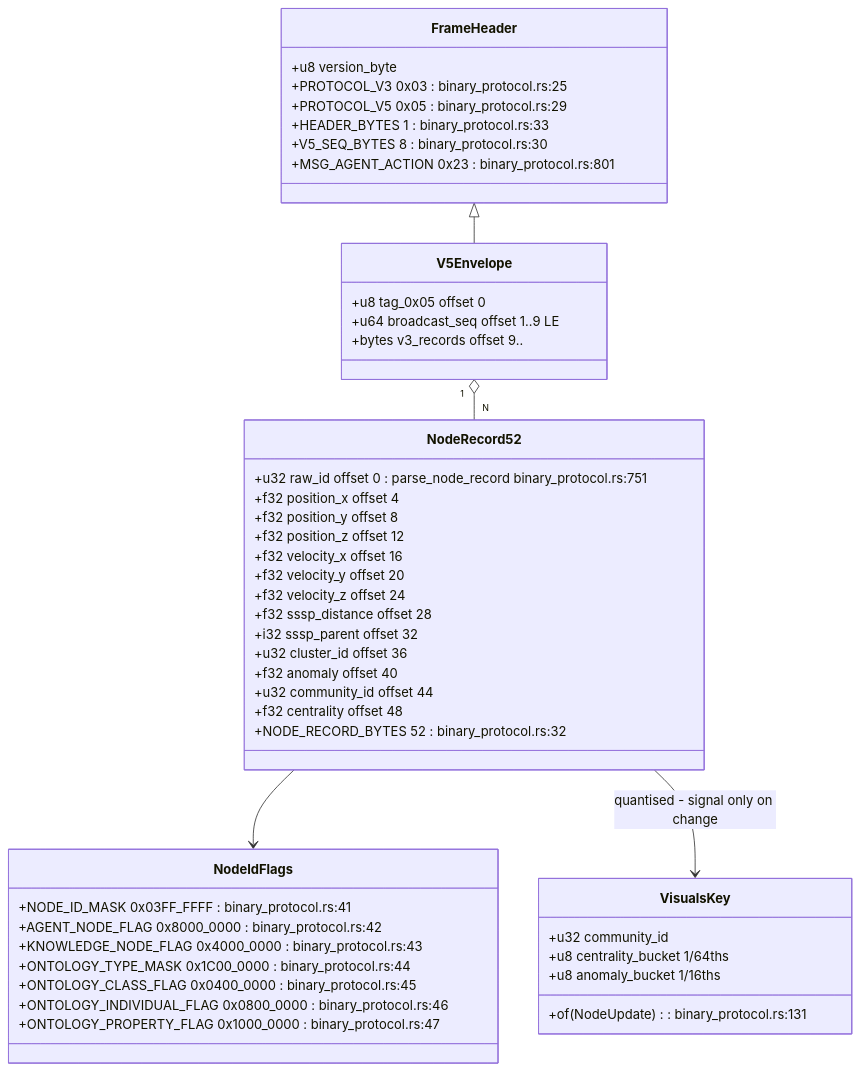
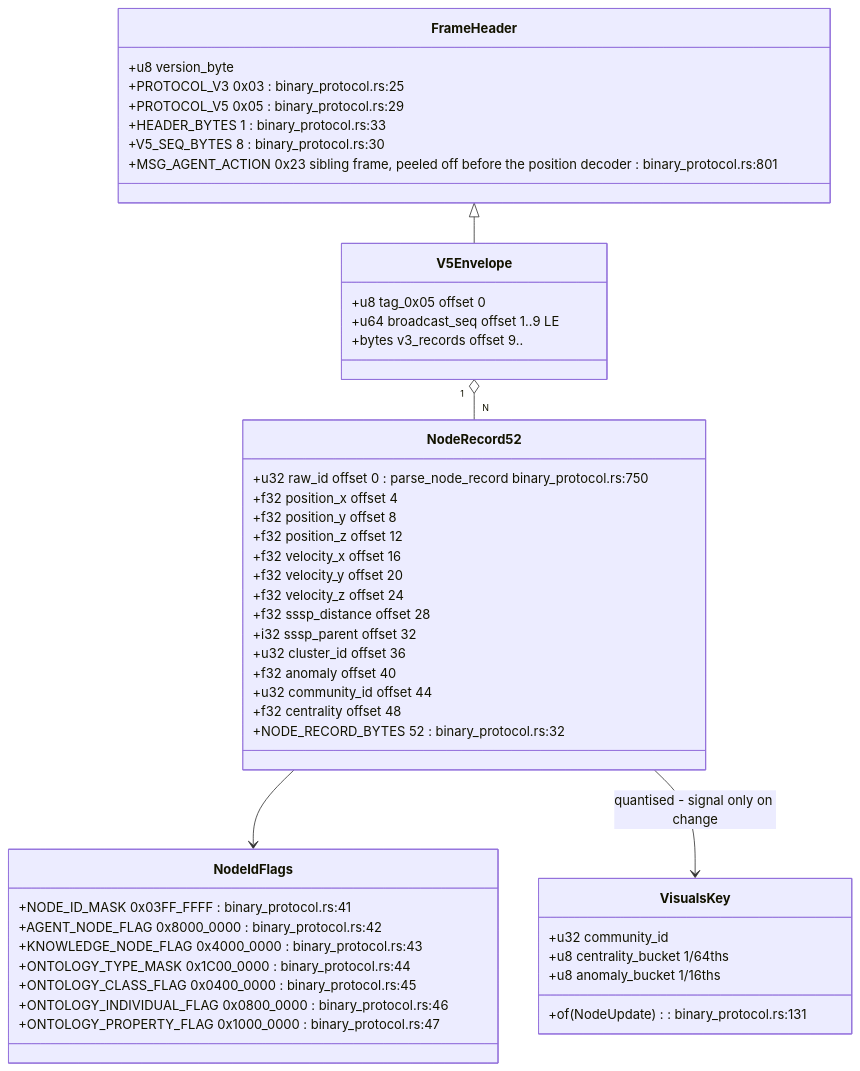
The fifth of 26 diagrams in docs/diagrams/visionclaw/36-godot-xr-client.md (DreamLab-AI/VisionFlow), drawn with Mermaid before and after one commit. The commit also changed other lines of this file and 4 other files, not shown here.

Commit message:
docs(diagrams): re-read VC-36 claims against the code and catalogue the XR memory-cloud internals as VC-38

````diff
--- a/docs/diagrams/visionclaw/36-godot-xr-client.md
+++ b/docs/diagrams/visionclaw/36-godot-xr-client.md
@@ -256,51 +275,51 @@
 ```mermaid
 classDiagram
     class FrameHeader {
         +u8 version_byte
         +PROTOCOL_V3 0x03 : binary_protocol.rs:25
         +PROTOCOL_V5 0x05 : binary_protocol.rs:29
         +HEADER_BYTES 1 : binary_protocol.rs:33
         +V5_SEQ_BYTES 8 : binary_protocol.rs:30
-        +MSG_AGENT_ACTION 0x23 : binary_protocol.rs:801
+        +MSG_AGENT_ACTION 0x23 sibling frame, peeled off before the position decoder : binary_protocol.rs:801
     }
     class V5Envelope {
         +u8 tag_0x05 offset 0
         +u64 broadcast_seq offset 1..9 LE
         +bytes v3_records offset 9..
     }
     class NodeRecord52 {
-        +u32 raw_id offset 0 : parse_node_record binary_protocol.rs:751
+        +u32 raw_id offset 0 : parse_node_record binary_protocol.rs:750
         +f32 position_x offset 4
         +f32 position_y offset 8
         +f32 position_z offset 12
         +f32 velocity_x offset 16
         +f32 velocity_y offset 20
         +f32 velocity_z offset 24
         +f32 sssp_distance offset 28
         +i32 sssp_parent offset 32
         +u32 cluster_id offset 36
         +f32 anomaly offset 40
         +u32 community_id offset 44
         +f32 centrality offset 48
         +NODE_RECORD_BYTES 52 : binary_protocol.rs:32
     }
     class NodeIdFlags {
         +NODE_ID_MASK 0x03FF_FFFF : binary_protocol.rs:41
         +AGENT_NODE_FLAG 0x8000_0000 : binary_protocol.rs:42
         +KNOWLEDGE_NODE_FLAG 0x4000_0000 : binary_protocol.rs:43
         +ONTOLOGY_TYPE_MASK 0x1C00_0000 : binary_protocol.rs:44
         +ONTOLOGY_CLASS_FLAG 0x0400_0000 : binary_protocol.rs:45
         +ONTOLOGY_INDIVIDUAL_FLAG 0x0800_0000 : binary_protocol.rs:46
         +ONTOLOGY_PROPERTY_FLAG 0x1000_0000 : binary_protocol.rs:47
     }
     class VisualsKey {
         +u32 community_id
         +u8 centrality_bucket 1/64ths
         +u8 anomaly_bucket 1/16ths
         +of(NodeUpdate) : binary_protocol.rs:131
     }
     V5Envelope "1" o-- "N" NodeRecord52
     NodeRecord52 --> NodeIdFlags
     NodeRecord52 --> VisualsKey : quantised - signal only on change
     FrameHeader <|-- V5Envelope
 ```
````
